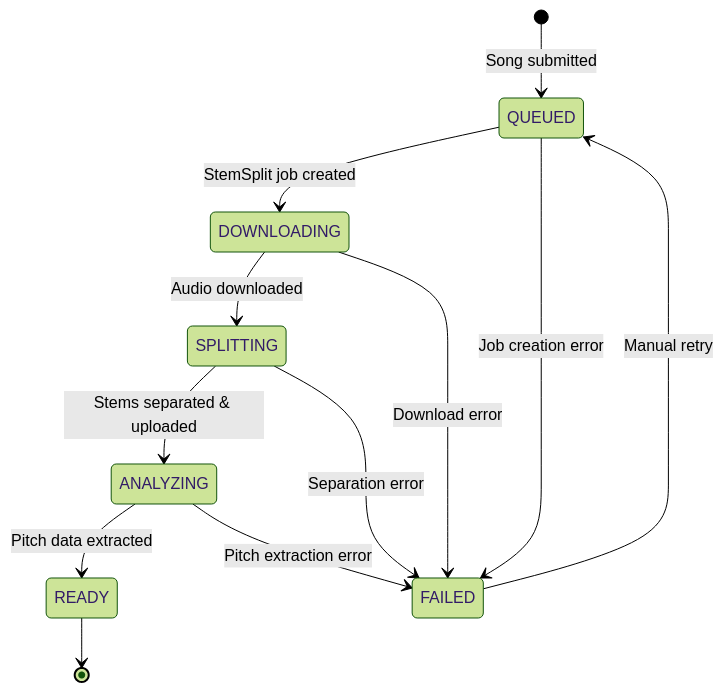
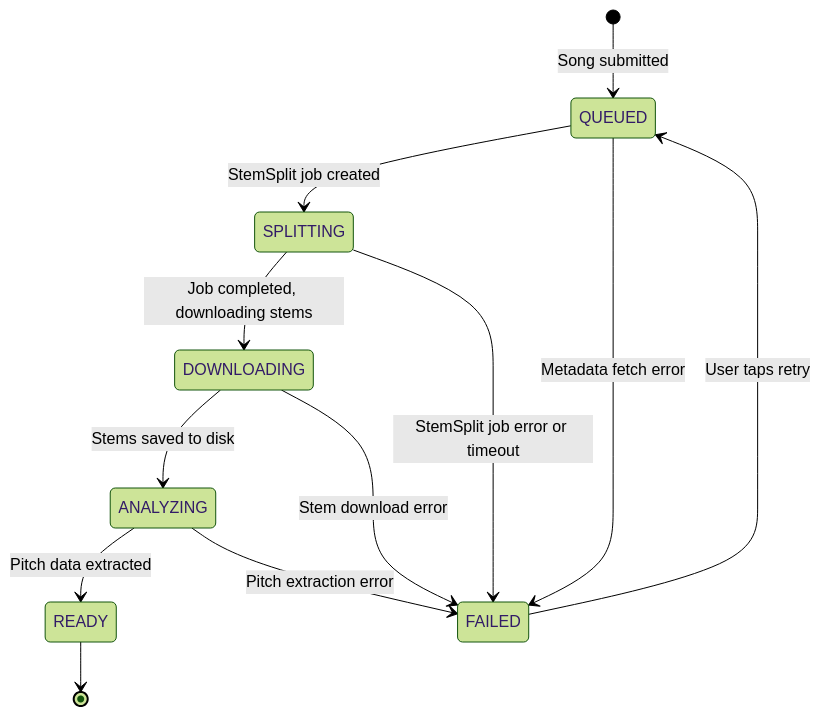
The second of 2 diagrams in docs/05-audio-pipeline.md (pawelgawliczek/intonavio-local), drawn with Mermaid (forest theme) before and after one commit. The commit also changed other lines of this file and 88 other files, not shown here.

First line of the commit message:
Migrate to fully on-device architecture

````diff
--- a/docs/05-audio-pipeline.md
+++ b/docs/05-audio-pipeline.md
@@ -40,17 +43,18 @@
 ```mermaid
 stateDiagram-v2
     [*] --> QUEUED: Song submitted
 
-    QUEUED --> DOWNLOADING: StemSplit job created
-    DOWNLOADING --> SPLITTING: Audio downloaded
-    SPLITTING --> ANALYZING: Stems separated & uploaded
+    QUEUED --> SPLITTING: StemSplit job created
+    SPLITTING --> DOWNLOADING: Job completed, downloading stems
+    DOWNLOADING --> ANALYZING: Stems saved to disk
     ANALYZING --> READY: Pitch data extracted
+
     READY --> [*]
 
-    QUEUED --> FAILED: Job creation error
-    DOWNLOADING --> FAILED: Download error
-    SPLITTING --> FAILED: Separation error
+    QUEUED --> FAILED: Metadata fetch error
+    SPLITTING --> FAILED: StemSplit job error or timeout
+    DOWNLOADING --> FAILED: Stem download error
     ANALYZING --> FAILED: Pitch extraction error
 
-    FAILED --> QUEUED: Manual retry
+    FAILED --> QUEUED: User taps retry
 ```
````
